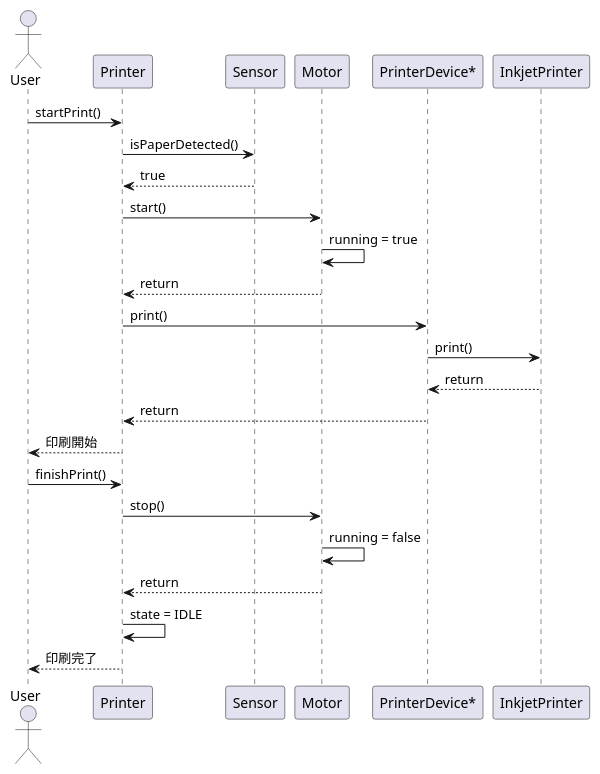
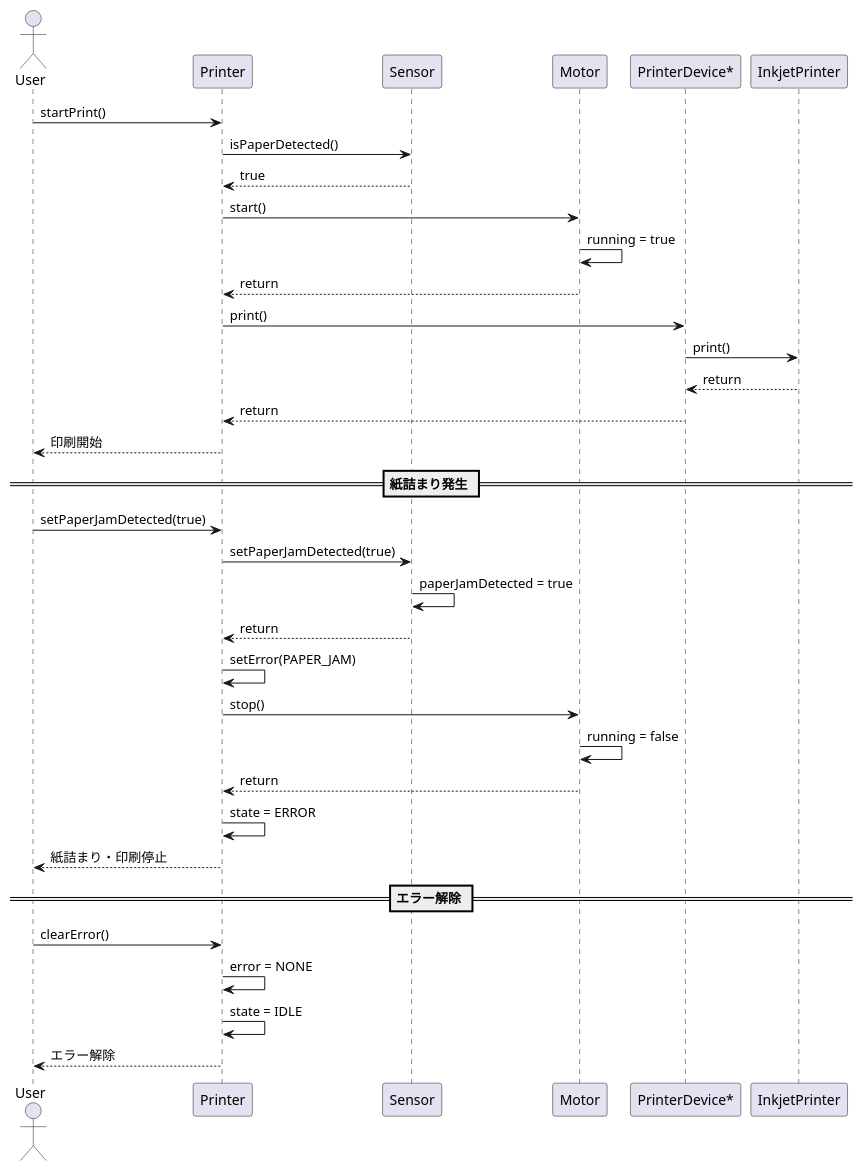
One commit to hiroshi-tak/print-simulator changed the diagram in docs/sequence.puml. Above: the diagram before and after it, drawn with PlantUML. The commit also changed 7 other files, not shown here.

```diff
--- a/docs/sequence.puml
+++ b/docs/sequence.puml
@@ -1,37 +1,54 @@
 @startuml
 
 actor User
 
 participant Printer
 participant Sensor
 participant Motor
 participant "PrinterDevice*" as Device
 participant InkjetPrinter
 
 User -> Printer : startPrint()
 
 Printer -> Sensor : isPaperDetected()
 Sensor --> Printer : true
 
 Printer -> Motor : start()
 Motor -> Motor : running = true
 Motor --> Printer : return
 
 Printer -> Device : print()
 Device -> InkjetPrinter : print()
 InkjetPrinter --> Device : return
 Device --> Printer : return
 
 Printer --> User : 印刷開始
 
-User -> Printer : finishPrint()
+== 紙詰まり発生 ==
+
+User -> Printer : setPaperJamDetected(true)
+
+Printer -> Sensor : setPaperJamDetected(true)
+Sensor -> Sensor : paperJamDetected = true
+Sensor --> Printer : return
+
+Printer -> Printer : setError(PAPER_JAM)
 
 Printer -> Motor : stop()
 Motor -> Motor : running = false
 Motor --> Printer : return
 
+Printer -> Printer : state = ERROR
+
+Printer --> User : 紙詰まり・印刷停止
+
+== エラー解除 ==
+
+User -> Printer : clearError()
+
+Printer -> Printer : error = NONE
 Printer -> Printer : state = IDLE
 
-Printer --> User : 印刷完了
+Printer --> User : エラー解除
 
 @enduml
```
